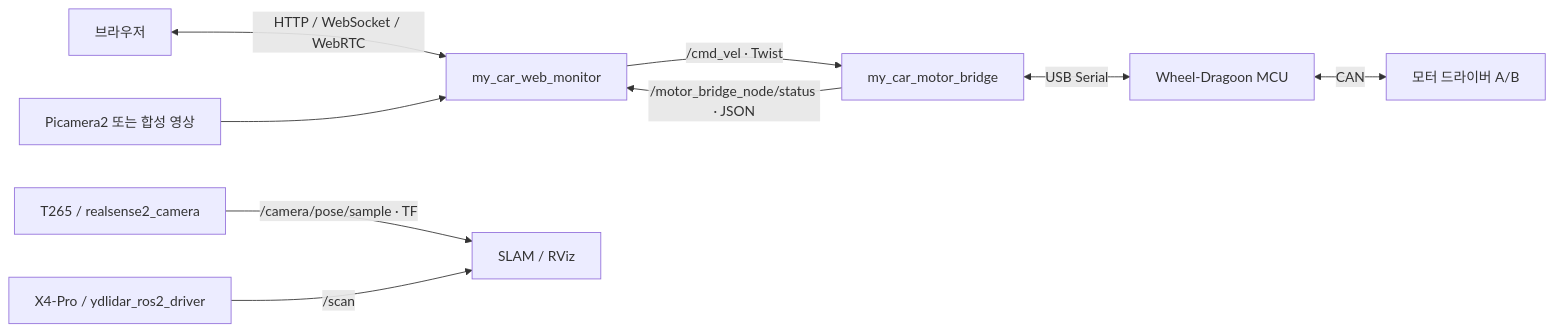
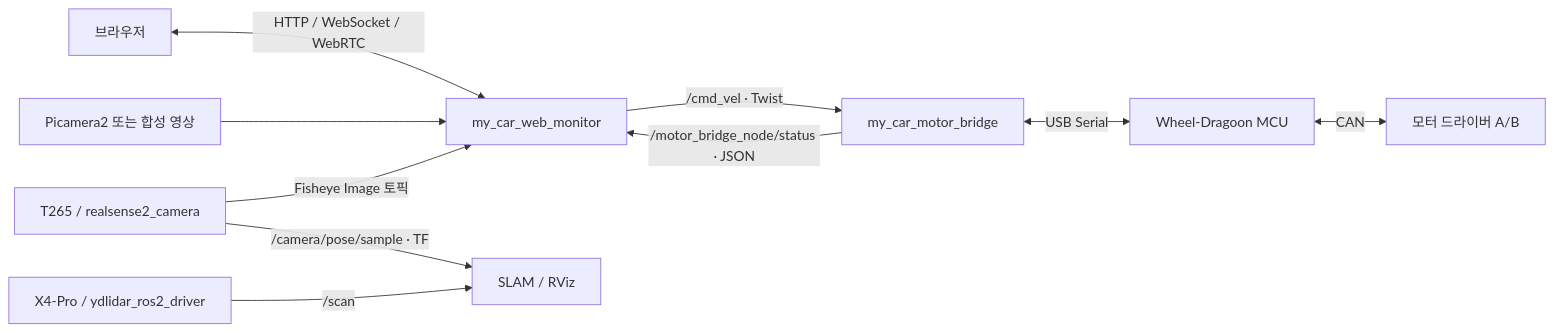
One commit to atomicNum29/ros2_ws changed the diagram in README.md. Above: the diagram before and after it, drawn with Mermaid. The commit also changed other lines of this file and 8 other files, not shown here.

Commit message:
feat: Add ROS image source support for T265 Fisheye camera and enhance documentation

````diff
--- a/README.md
+++ b/README.md
@@ -46,11 +46,12 @@
 ```mermaid
 flowchart LR
     Browser[브라우저] <-->|HTTP / WebSocket / WebRTC| Web[my_car_web_monitor]
     Camera[Picamera2 또는 합성 영상] --> Web
+    T265 -->|Fisheye Image 토픽| Web
     Web -->|/cmd_vel · Twist| Bridge[my_car_motor_bridge]
     Bridge -->|/motor_bridge_node/status · JSON| Web
     Bridge <-->|USB Serial| MCU[Wheel-Dragoon MCU]
     MCU <-->|CAN| Motors[모터 드라이버 A/B]
     T265[T265 / realsense2_camera] -->|/camera/pose/sample · TF| Mapping[SLAM / RViz]
     Lidar[X4-Pro / ydlidar_ros2_driver] -->|/scan| Mapping
 ```
````
